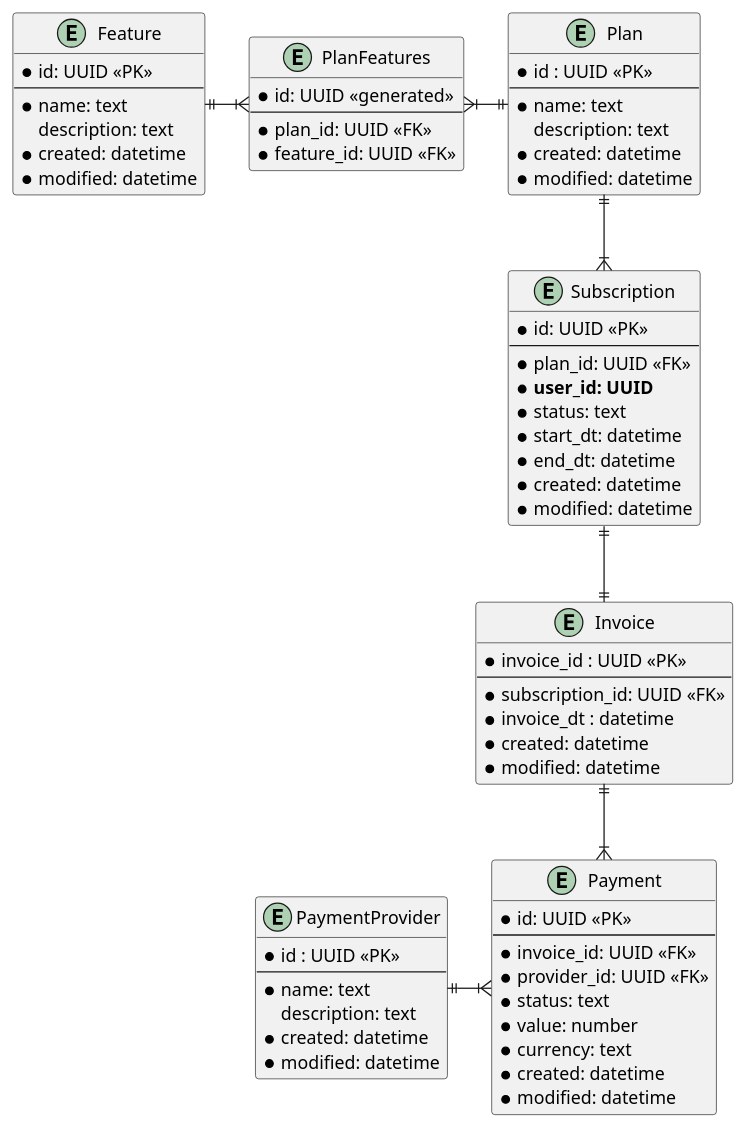
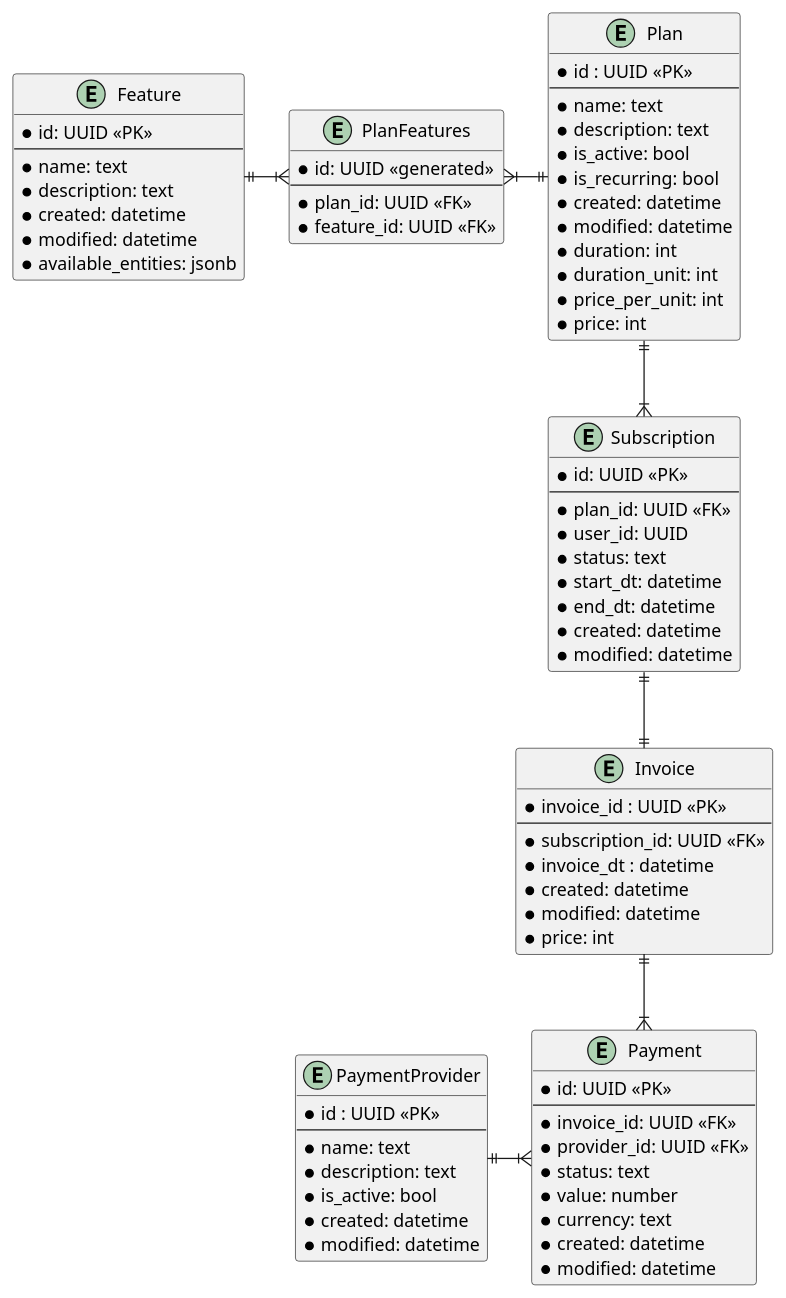
The diagram in architecture/db_entities.puml (AlexanderZharyuk/billing-service), drawn with PlantUML before and after one commit. The commit also changed 8 other files, not shown here.

```diff
--- a/architecture/db_entities.puml
+++ b/architecture/db_entities.puml
@@ -1,83 +1,92 @@
 @startuml
 ' hide the spot
 ' hide circle
 skinparam linetype ortho
 
 entity "Invoice" as invoice {
   *invoice_id : UUID <<PK>>
   --
   *subscription_id: UUID <<FK>>
   *invoice_dt : datetime
   *created: datetime
   *modified: datetime
+  *price: int
 }
 
 entity "Subscription" as subscription {
   *id: UUID <<PK>>
   --
   *plan_id: UUID <<FK>>
-  * **user_id: UUID**
+  *user_id: UUID
   *status: text
   *start_dt: datetime
   *end_dt: datetime
   *created: datetime
   *modified: datetime
 }
 
 entity "Plan" as plan {
   *id : UUID <<PK>>
   --
   *name: text
-   description: text
+  *description: text
+  *is_active: bool
+  *is_recurring: bool
   *created: datetime
   *modified: datetime
+  *duration: int
+  *duration_unit: int
+  *price_per_unit: int
+  *price: int
 }
 
 
 entity "Payment" as payment {
   *id: UUID <<PK>>
   --
   *invoice_id: UUID <<FK>>
   *provider_id: UUID <<FK>>
   *status: text
   *value: number
   *currency: text
   *created: datetime
   *modified: datetime
 }
 
 
 entity "PaymentProvider" as provider {
   *id : UUID <<PK>>
   --
   *name: text
-  description: text
+  *description: text
+  *is_active: bool
   *created: datetime
   *modified: datetime
 }
 
 
 entity "Feature" as feature{
   *id: UUID <<PK>>
   --
   *name: text
-  description: text
+  *description: text
   *created: datetime
   *modified: datetime
+  *available_entities: jsonb
 }
 
 
 entity "PlanFeatures" as plan_features {
   *id: UUID <<generated>>
   --
   *plan_id: UUID <<FK>>
   *feature_id: UUID <<FK>>
 }
 
 invoice ||-up-|| subscription
 subscription }|-up-|| plan
 invoice ||--|{ payment
 payment }|-left-|| provider
 plan ||-left-|{ plan_features
 plan_features }|-left-|| feature
 @enduml
```
